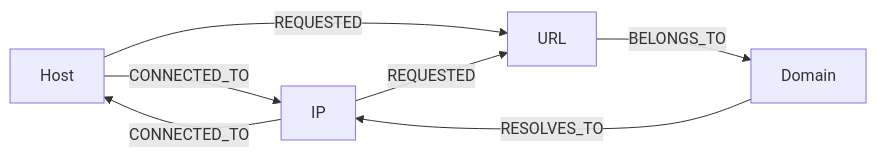
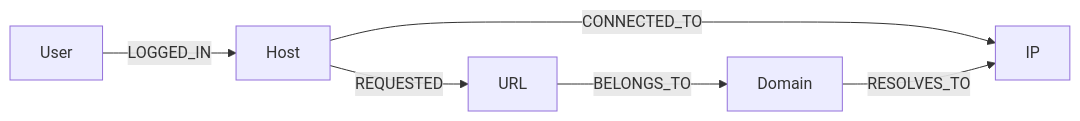
The first of 3 diagrams in docs/database_models.md (Nefen22/entity-management-for-soc), drawn with Mermaid before and after one commit. The commit also changed other lines of this file and 3 other files, not shown here.

````diff
--- a/docs/database_models.md
+++ b/docs/database_models.md
@@ -15,9 +3,8 @@
 ```mermaid
 graph LR
+User -->|LOGGED_IN| Host
 Host -->|CONNECTED_TO| IP
-IP -->|CONNECTED_TO| Host
 Host -->|REQUESTED| URL
-IP -->|REQUESTED| URL
 URL -->|BELONGS_TO| Domain
 Domain -->|RESOLVES_TO| IP
 ```
````
